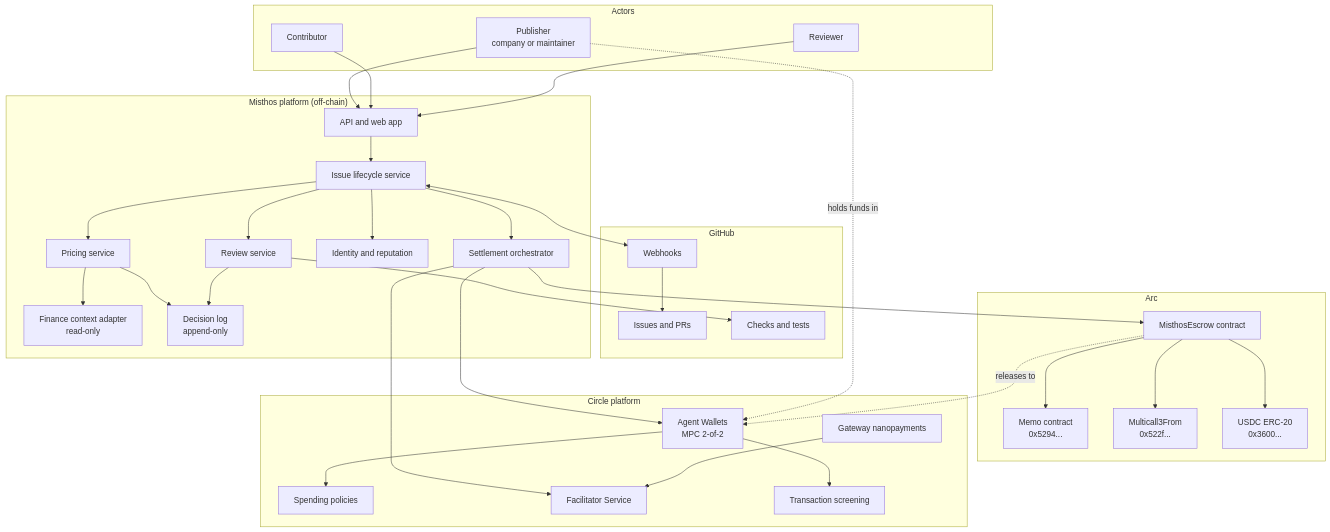
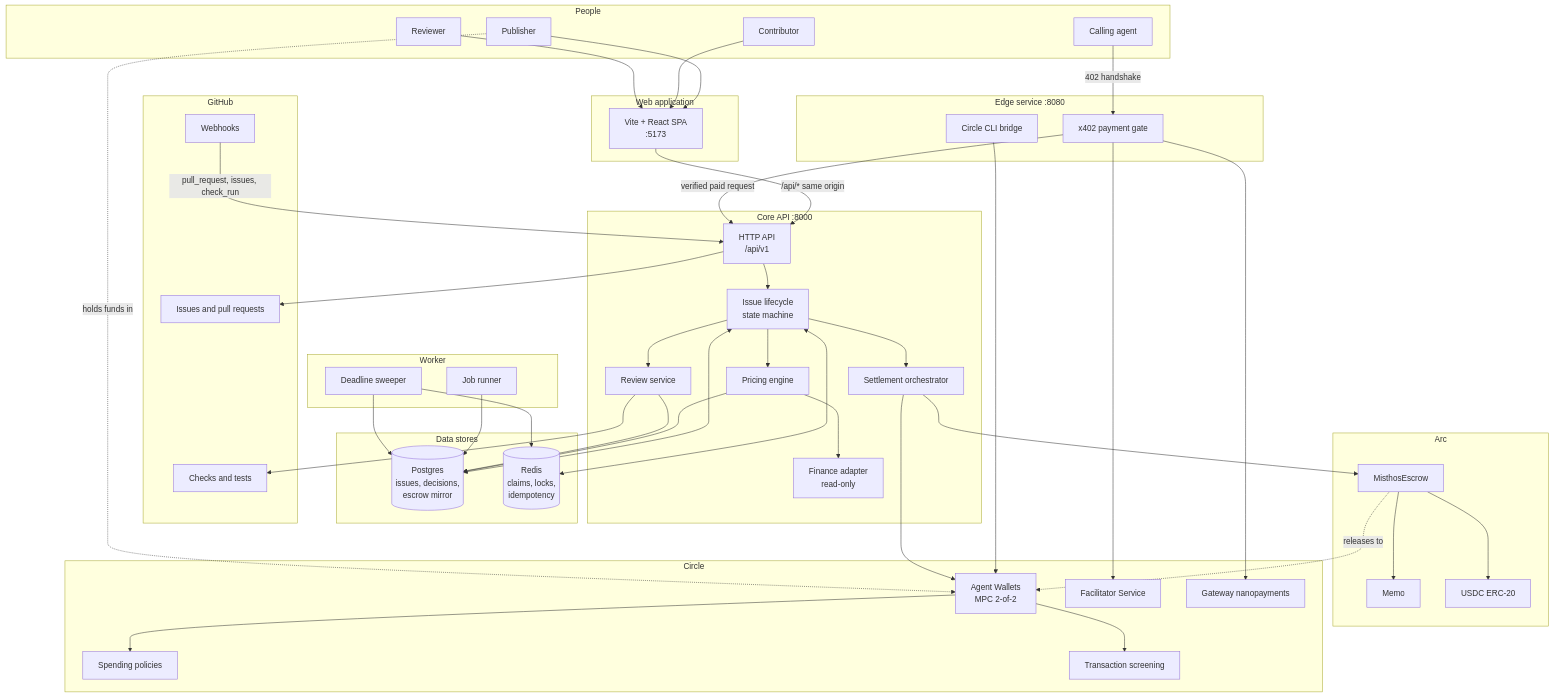
The first of 7 diagrams in docs/ARCHITECTURE.md (vanduc2514/hackathon-circle-misthos), drawn with Mermaid before and after one commit. The commit also changed other lines of this file, not shown here.

First line of the commit message:
docs: add architecture documentation

````diff
--- a/docs/ARCHITECTURE.md
+++ b/docs/ARCHITECTURE.md
@@ -27,36 +43,53 @@
 ```mermaid
 flowchart TB
-    subgraph Actors
-        PUB["Publisher<br/>company or maintainer"]
+    subgraph People["People"]
+        PUB["Publisher"]
         CON["Contributor"]
         REV["Reviewer"]
+        AGT["Calling agent"]
+    end
+
+    subgraph Webapp["Web application"]
+        SPA["Vite + React SPA<br/>:5173"]
+    end
+
+    subgraph EdgeSvc["Edge service :8080"]
+        GATE["x402 payment gate"]
+        WALLET["Circle CLI bridge"]
+    end
+
+    subgraph Core["Core API :8000"]
+        API["HTTP API<br/>/api/v1"]
+        LIFE["Issue lifecycle<br/>state machine"]
+        PRICE["Pricing engine"]
+        REVIEW["Review service"]
+        SETTLE["Settlement orchestrator"]
+        FIN["Finance adapter<br/>read-only"]
+    end
+
+    subgraph Job["Worker"]
+        QUEUE["Job runner"]
+        SWEEP["Deadline sweeper"]
+    end
+
+    subgraph Data["Data stores"]
+        PG[("Postgres<br/>issues, decisions,<br/>escrow mirror")]
+        RD[("Redis<br/>claims, locks,<br/>idempotency")]
     end
 
     subgraph GH["GitHub"]
-        ISSUES["Issues and PRs"]
+        ISSPR["Issues and pull requests"]
         CHECKS["Checks and tests"]
         HOOKS["Webhooks"]
     end
 
-    subgraph Off["Misthos platform (off-chain)"]
-        API["API and web app"]
-        LIFE["Issue lifecycle service"]
-        PRICE["Pricing service"]
-        REVIEW["Review service"]
-        REP["Identity and reputation"]
-        FIN["Finance context adapter<br/>read-only"]
-        SETTLE["Settlement orchestrator"]
-        AUDIT["Decision log<br/>append-only"]
+    subgraph Arc["Arc"]
+        ESCROW["MisthosEscrow"]
+        MEMO["Memo"]
+        USDC["USDC ERC-20"]
     end
 
-    subgraph Chain["Arc"]
-        ESCROW["MisthosEscrow contract"]
-        MEMO["Memo contract<br/>0x5294..."]
-        MC["Multicall3From<br/>0x522f..."]
-        USDC["USDC ERC-20<br/>0x3600..."]
-    end
-
-    subgraph Circle["Circle platform"]
+    subgraph Circle["Circle"]
         AW["Agent Wallets<br/>MPC 2-of-2"]
         POL["Spending policies"]
         FAC["Facilitator Service"]
@@ -64,29 +97,39 @@
         SCREEN["Transaction screening"]
     end
 
-    PUB --> API
-    CON --> API
-    REV --> API
+    PUB --> SPA
+    CON --> SPA
+    REV --> SPA
+    AGT -->|"402 handshake"| GATE
+    SPA -->|"/api/* same origin"| API
+    GATE -->|"verified paid request"| API
+    GATE --> FAC
+    GATE --> GW
+    WALLET --> AW
+
     API --> LIFE
     LIFE --> PRICE
     LIFE --> REVIEW
-    LIFE --> REP
+    LIFE --> SETTLE
     PRICE --> FIN
-    PRICE --> AUDIT
-    REVIEW --> AUDIT
     REVIEW --> CHECKS
-    LIFE <--> HOOKS
-    HOOKS --> ISSUES
-    LIFE --> SETTLE
+    HOOKS -->|"pull_request, issues, check_run"| API
+    API --> ISSPR
+
+    LIFE <--> PG
+    LIFE <--> RD
+    PRICE --> PG
+    REVIEW --> PG
+    QUEUE --> PG
+    SWEEP --> RD
+    SWEEP --> PG
+
     SETTLE --> ESCROW
-    SETTLE --> FAC
     ESCROW --> USDC
     ESCROW --> MEMO
-    ESCROW --> MC
+    SETTLE --> AW
     AW --> POL
-    SETTLE --> AW
-    GW --> FAC
     AW --> SCREEN
+    ESCROW -.->|"releases to"| AW
     PUB -.->|"holds funds in"| AW
-    ESCROW -.->|"releases to"| AW
 ```
````
